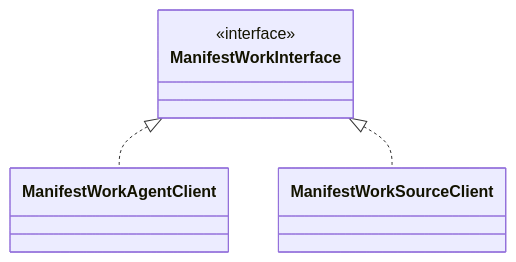
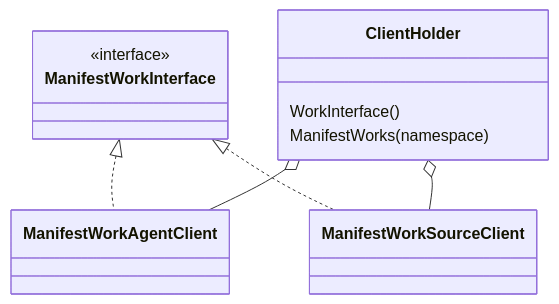
One commit to open-cluster-management-io/sdk-go changed the seventh of 10 diagrams in pkg/cloudevents/doc/design.md. Above: the diagram before and after it, drawn with Mermaid. The commit also changed other lines of this file and 2 other files, not shown here.

````diff
--- a/pkg/cloudevents/doc/design.md
+++ b/pkg/cloudevents/doc/design.md
@@ -182,9 +225,17 @@
 ```mermaid
 classDiagram
 class ManifestWorkInterface {
     <<interface>>
 }
 
+class ClientHolder {
+    WorkInterface()
+    ManifestWorks(namespace)
+}
+
 ManifestWorkInterface <|.. ManifestWorkAgentClient
 ManifestWorkInterface <|.. ManifestWorkSourceClient
+
+ClientHolder o-- ManifestWorkAgentClient
+ClientHolder o-- ManifestWorkSourceClient
 ```
````
